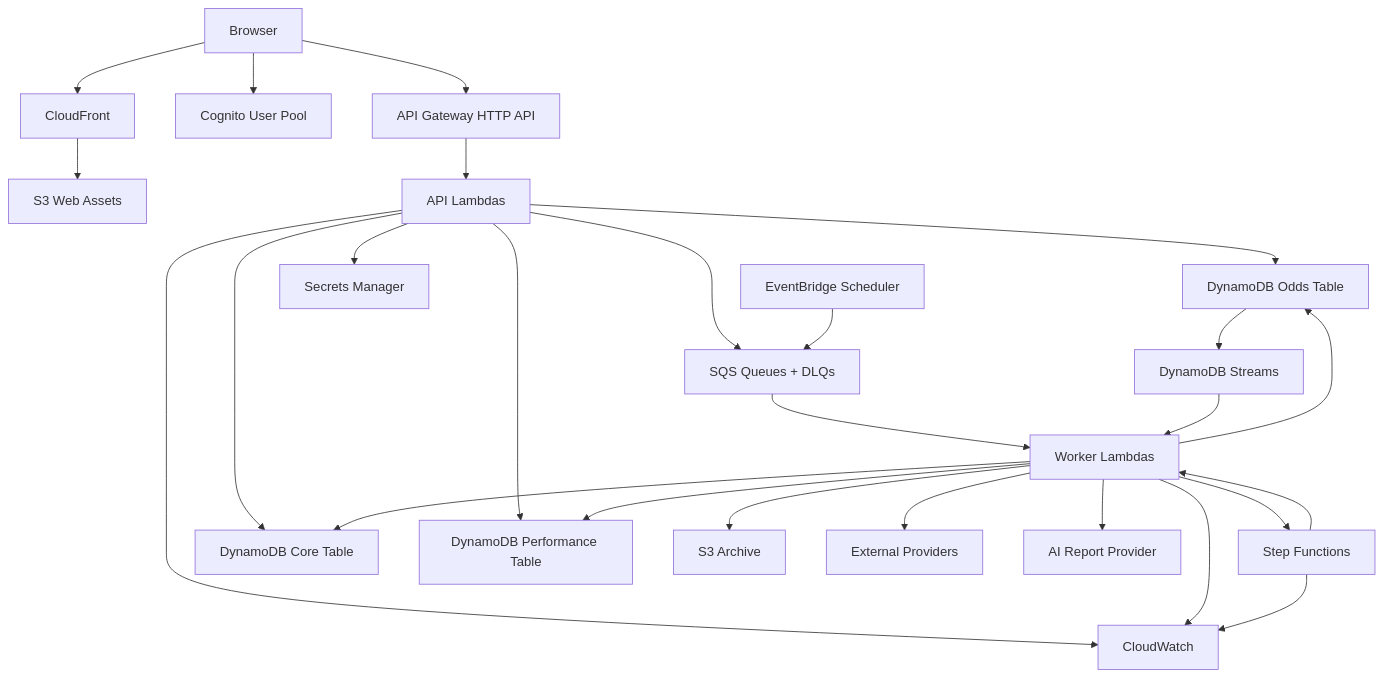
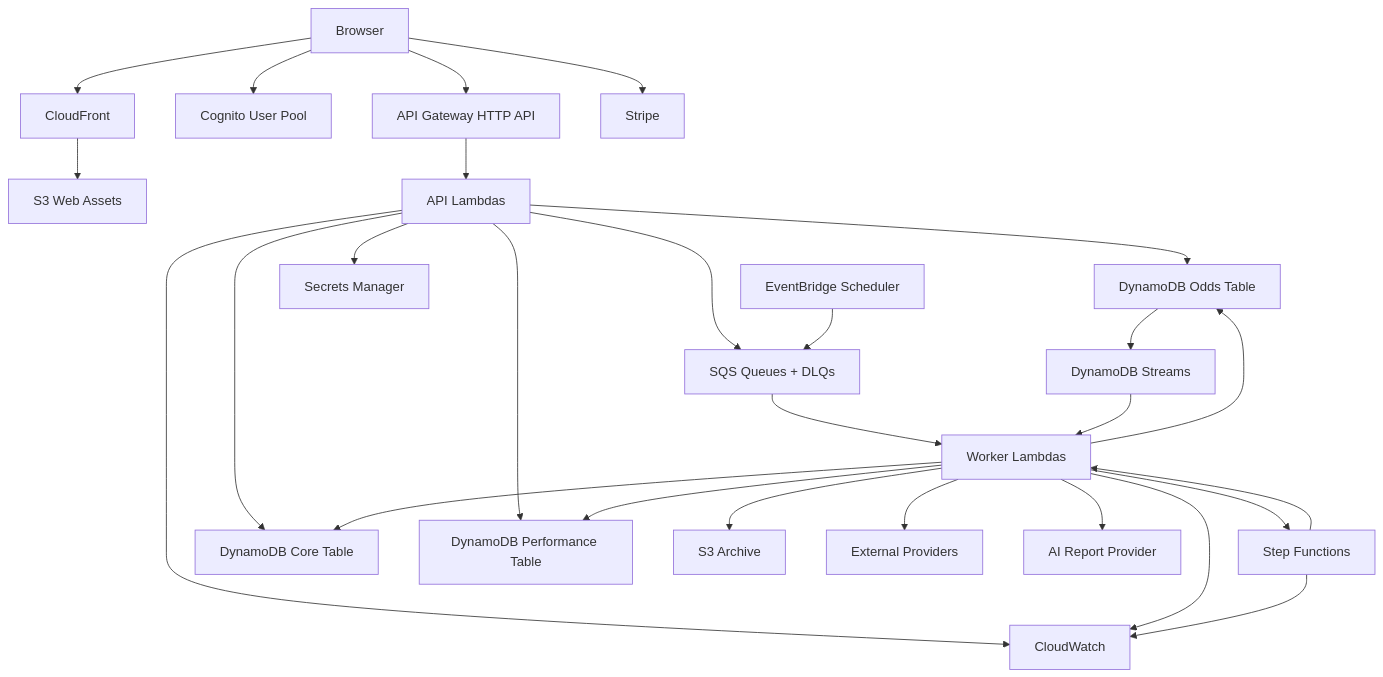
The second of 7 diagrams in _bmad-output/planning-artifacts/architecture.md (kevishie/find-the-edge), drawn with Mermaid before and after one commit. The commit also changed other lines of this file and 13 other files, not shown here.

````diff
--- a/_bmad-output/planning-artifacts/architecture.md
+++ b/_bmad-output/planning-artifacts/architecture.md
@@ -169,48 +238,49 @@
 ```mermaid
 flowchart TB
   Browser["Browser"]
   CloudFront["CloudFront"]
   S3Web["S3 Web Assets"]
   Cognito["Cognito User Pool"]
   HttpApi["API Gateway HTTP API"]
   ApiLambda["API Lambdas"]
   Workers["Worker Lambdas"]
   Scheduler["EventBridge Scheduler"]
   SQS["SQS Queues + DLQs"]
   SFN["Step Functions"]
   DDBCore["DynamoDB Core Table"]
   DDBOdds["DynamoDB Odds Table"]
   DDBPerf["DynamoDB Performance Table"]
   Streams["DynamoDB Streams"]
   S3Archive["S3 Archive"]
   Secrets["Secrets Manager"]
   CW["CloudWatch"]
   Providers["External Providers"]
   AI["AI Report Provider"]
 
   Browser --> CloudFront
   CloudFront --> S3Web
   Browser --> Cognito
+  Browser --> Stripe
   Browser --> HttpApi
   HttpApi --> ApiLambda
   ApiLambda --> DDBCore
   ApiLambda --> DDBOdds
   ApiLambda --> DDBPerf
   ApiLambda --> SQS
   ApiLambda --> Secrets
   Scheduler --> SQS
   SQS --> Workers
   Workers --> Providers
   Workers --> DDBCore
   Workers --> DDBOdds
   Workers --> DDBPerf
   Workers --> SFN
   SFN --> Workers
   Workers --> AI
   DDBOdds --> Streams
   Streams --> Workers
   Workers --> S3Archive
   ApiLambda --> CW
   Workers --> CW
   SFN --> CW
 ```
````
